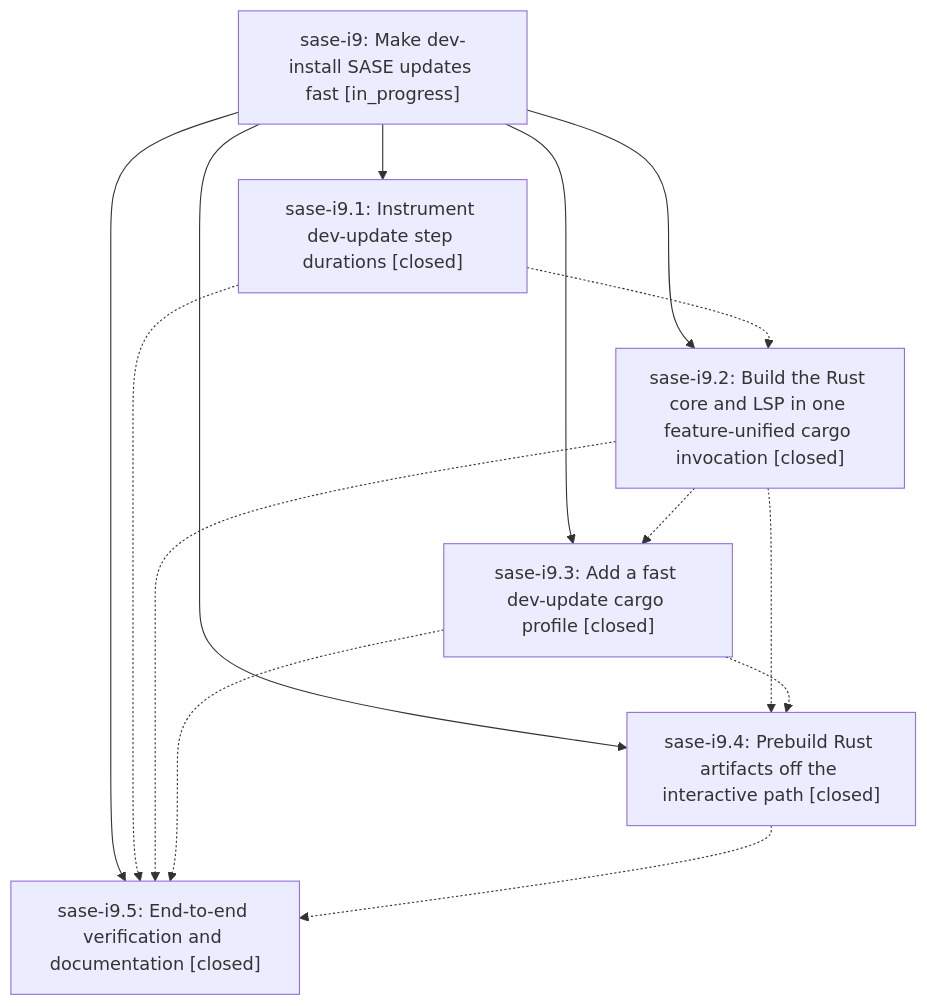
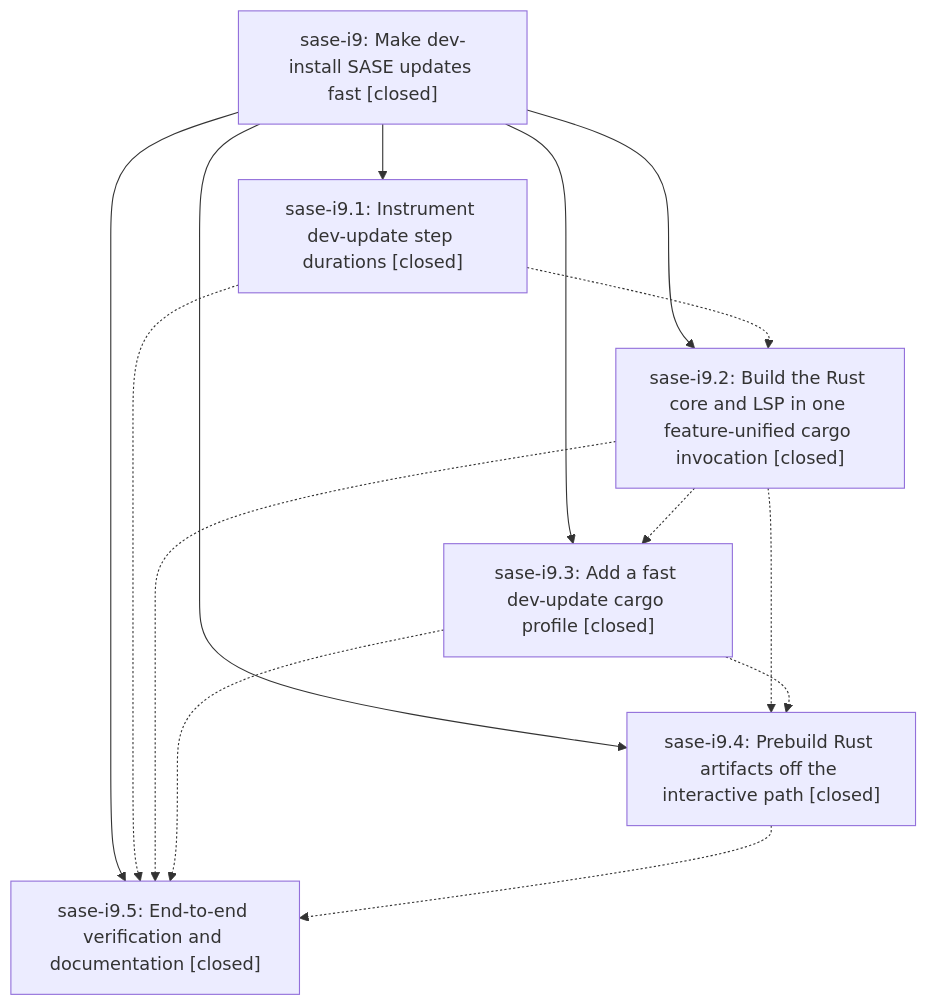
The diagram in pages/sase-i9/README.md (sase-org/sase--beads), drawn with Mermaid before and after one commit. The commit also changed other lines of this file, not shown here.

First line of the commit message:
chore(beads): sync bead state and pages for sase-i9

````diff
--- a/pages/sase-i9/README.md
+++ b/pages/sase-i9/README.md
@@ -49,22 +71,22 @@
 ```mermaid
 flowchart TD
-    n0["sase-i9: Make dev-install SASE updates fast [in_progress]"]
+    n0["sase-i9: Make dev-install SASE updates fast [closed]"]
     n1["sase-i9.1: Instrument dev-update step durations [closed]"]
     n2["sase-i9.2: Build the Rust core and LSP in one feature-unified cargo invocation [closed]"]
     n3["sase-i9.3: Add a fast dev-update cargo profile [closed]"]
     n4["sase-i9.4: Prebuild Rust artifacts off the interactive path [closed]"]
     n5["sase-i9.5: End-to-end verification and documentation [closed]"]
     n0 --> n1
     n0 --> n2
     n0 --> n3
     n0 --> n4
     n0 --> n5
     n1 -.-> n2
     n1 -.-> n5
     n2 -.-> n3
     n2 -.-> n4
     n2 -.-> n5
     n3 -.-> n4
     n3 -.-> n5
     n4 -.-> n5
 ```
````
